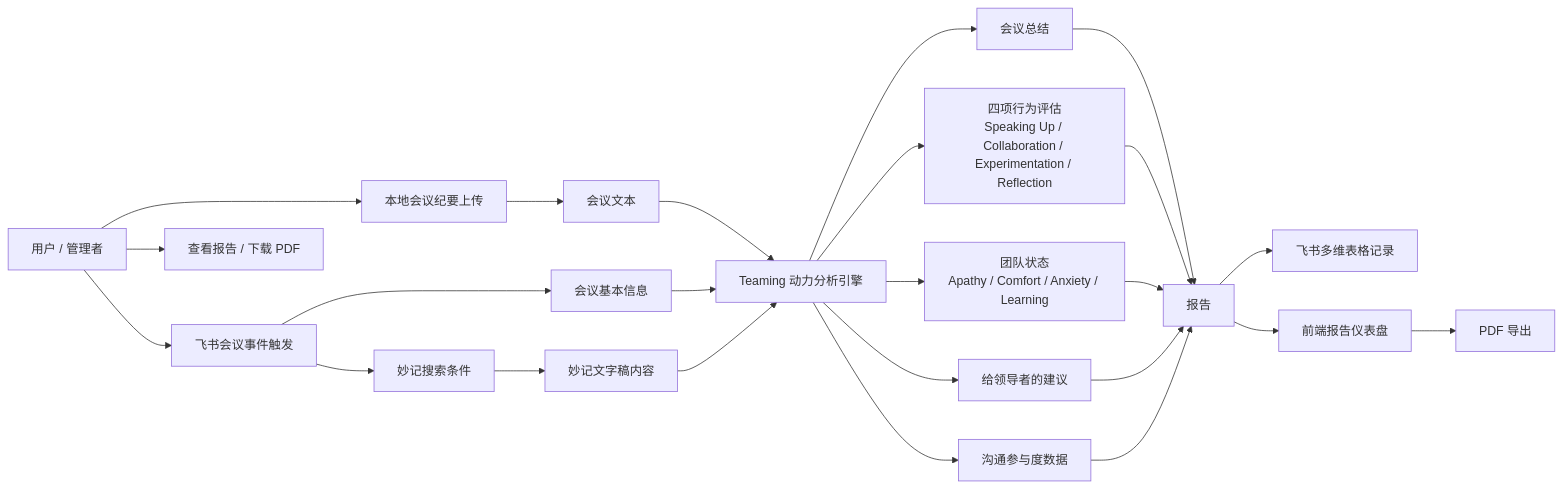
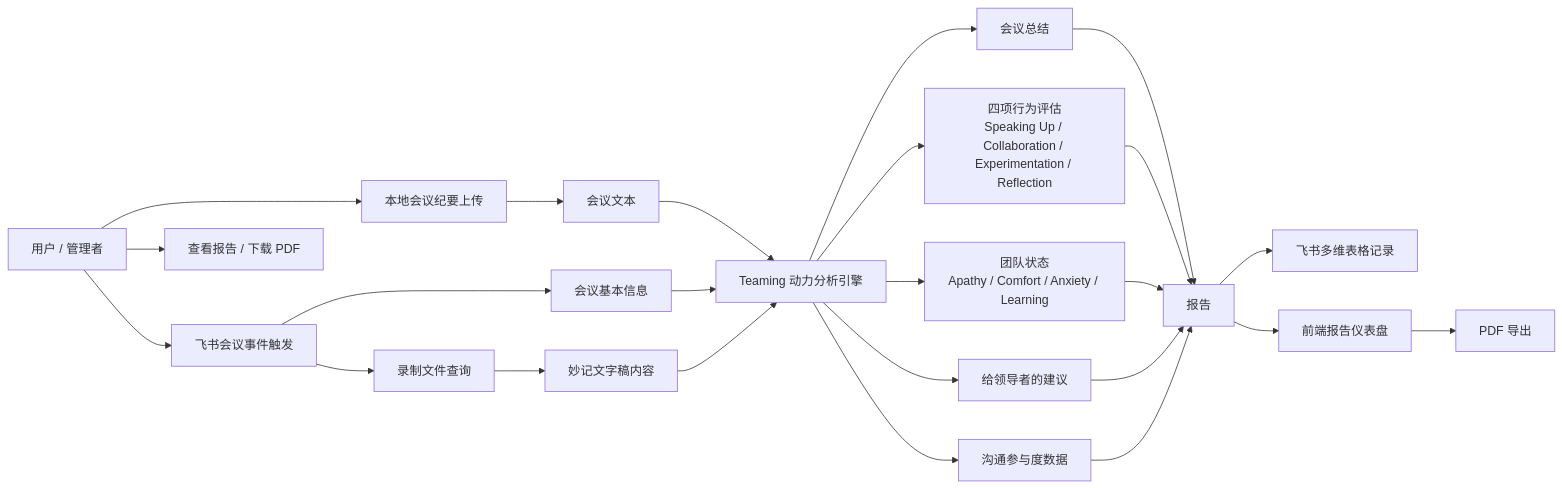
Before and after one commit to LyraWang6688/Teaming-Bot: the third of 4 diagrams in docs/系统架构图.md, drawn with Mermaid. The commit also changed other lines of this file and 9 other files, not shown here.

Commit message:
refactor feishu pipeline to tenant recording flow

````diff
--- a/docs/系统架构图.md
+++ b/docs/系统架构图.md
@@ -155,31 +156,31 @@
 ```mermaid
 flowchart LR
     User["用户 / 管理者"] --> LocalUpload["本地会议纪要上传"]
     User --> FeishuMeeting["飞书会议事件触发"]
     User --> ReportView["查看报告 / 下载 PDF"]
 
     LocalUpload --> MeetingText["会议文本"]
     FeishuMeeting --> MeetingMeta["会议基本信息"]
-    FeishuMeeting --> MinuteSearch["妙记搜索条件"]
+    FeishuMeeting --> RecordingLookup["录制文件查询"]
 
     MeetingText --> AnalysisEngine["Teaming 动力分析引擎"]
     MeetingMeta --> AnalysisEngine
-    MinuteSearch --> TranscriptContent["妙记文字稿内容"]
+    RecordingLookup --> TranscriptContent["妙记文字稿内容"]
     TranscriptContent --> AnalysisEngine
 
     AnalysisEngine --> Summary["会议总结"]
     AnalysisEngine --> Behaviors["四项行为评估\nSpeaking Up / Collaboration / Experimentation / Reflection"]
     AnalysisEngine --> TeamState["团队状态\nApathy / Comfort / Anxiety / Learning"]
     AnalysisEngine --> LeaderAdvice["给领导者的建议"]
     AnalysisEngine --> Communication["沟通参与度数据"]
 
     Summary --> Report["报告"]
     Behaviors --> Report
     TeamState --> Report
     LeaderAdvice --> Report
     Communication --> Report
 
     Report --> Base["飞书多维表格记录"]
     Report --> Dashboard["前端报告仪表盘"]
     Dashboard --> PDF["PDF 导出"]
 ```
````
